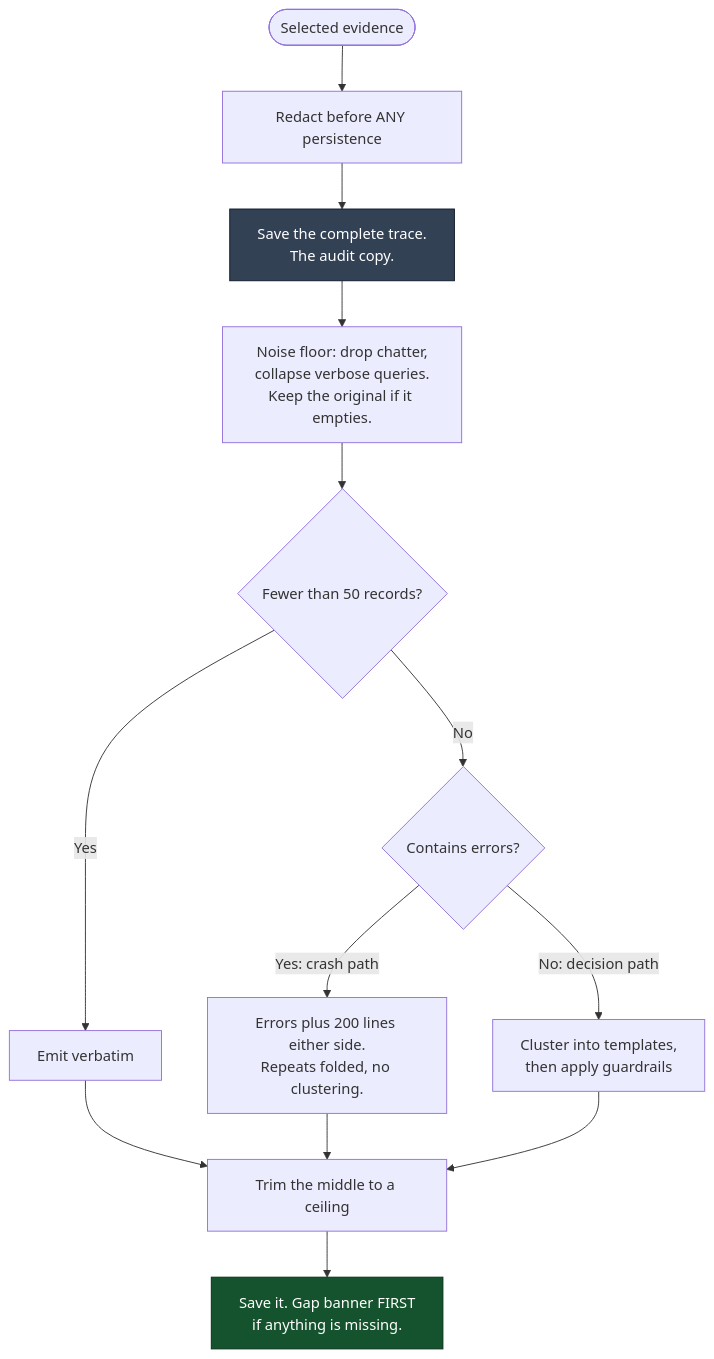
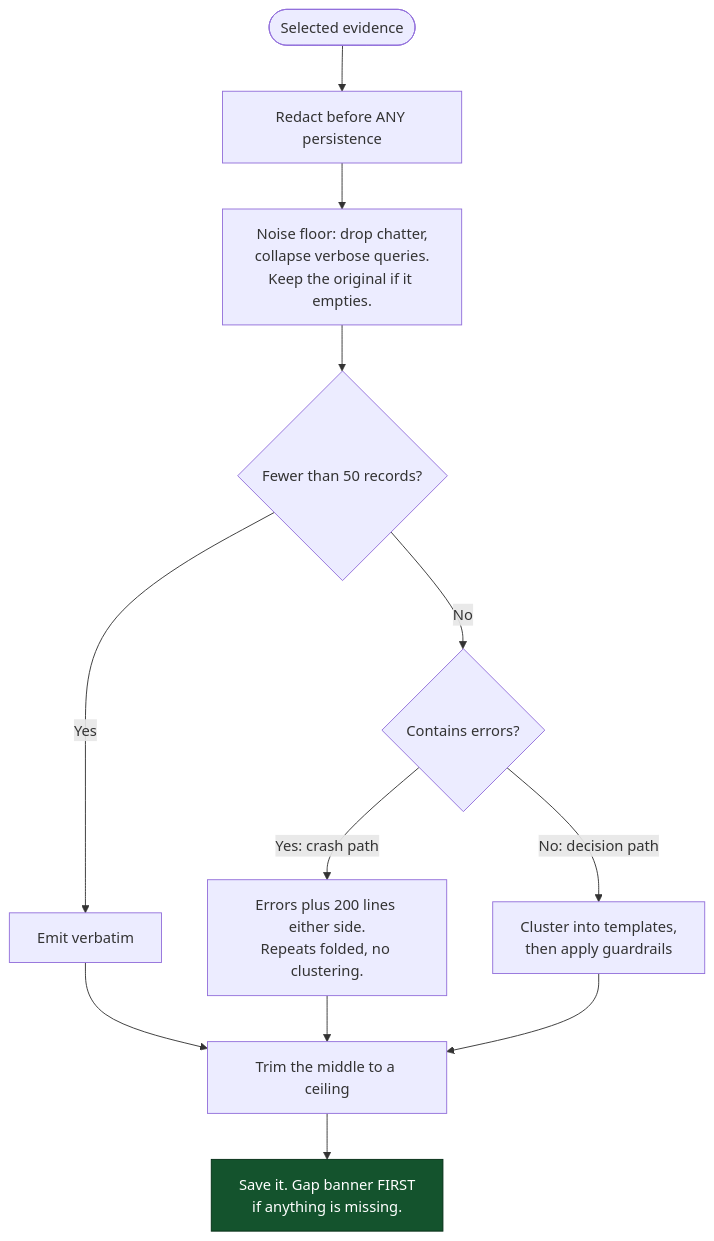
One commit to GuruSrikanth10/agentic-resident-crm changed diagram 14 of 23 in SYSTEM_OVERVIEW.md. Above: the diagram before and after it, drawn with Mermaid. The commit also changed other lines of this file and 30 other files, not shown here.

````diff
--- a/SYSTEM_OVERVIEW.md
+++ b/SYSTEM_OVERVIEW.md
@@ -458,21 +458,18 @@
 ```mermaid
 flowchart TD
     classDef good fill:#14532d,stroke:#052e16,color:#ffffff
-    classDef store fill:#334155,stroke:#0f172a,color:#ffffff
 
     IN(["Selected evidence"]) --> RED2["Redact before ANY persistence"]
-    RED2 --> RAW["Save the complete trace.<br/>The audit copy."]
-    RAW --> NF["Noise floor: drop chatter,<br/>collapse verbose queries.<br/>Keep the original if it empties."]
+    RED2 --> NF["Noise floor: drop chatter,<br/>collapse verbose queries.<br/>Keep the original if it empties."]
     NF --> SIZE{"Fewer than 50 records?"}
     SIZE -->|Yes| DIRECT["Emit verbatim"]
     SIZE -->|No| BR{"Contains errors?"}
     BR -->|"Yes: crash path"| ERRP["Errors plus 200 lines either side.<br/>Repeats folded, no clustering."]
     BR -->|"No: decision path"| CLU["Cluster into templates,<br/>then apply guardrails"]
     DIRECT --> CAPC
     ERRP --> CAPC
     CLU --> CAPC["Trim the middle to a ceiling"]
     CAPC --> RDX["Save it. Gap banner FIRST<br/>if anything is missing."]
 
-    class RAW store
     class RDX good
 ```
````
